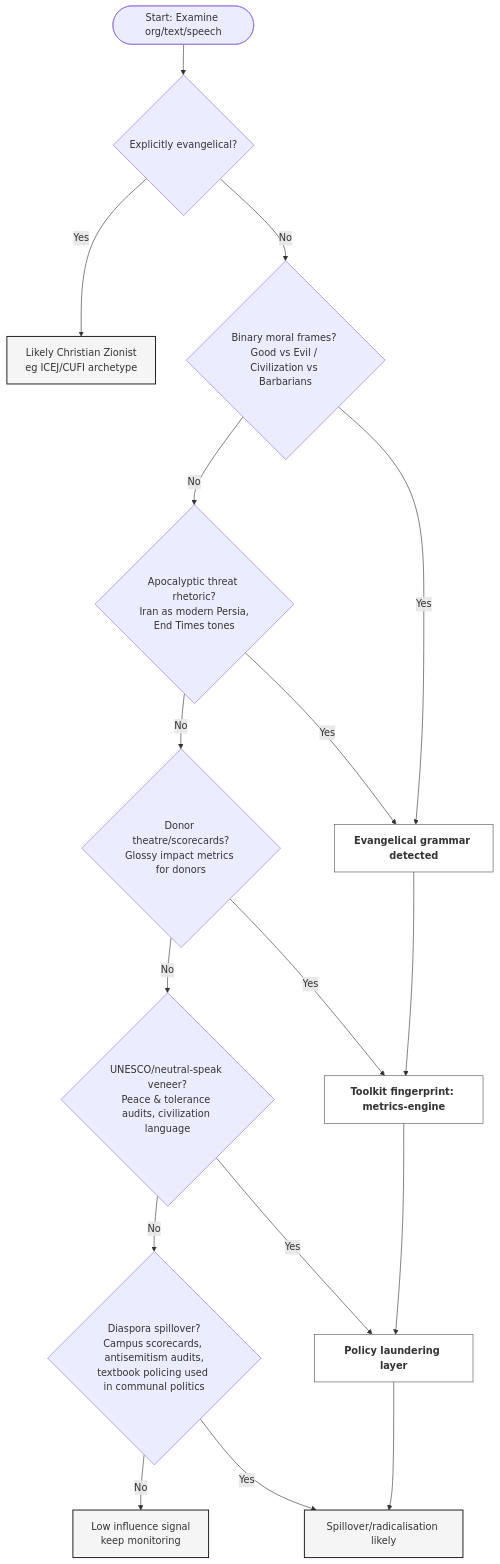
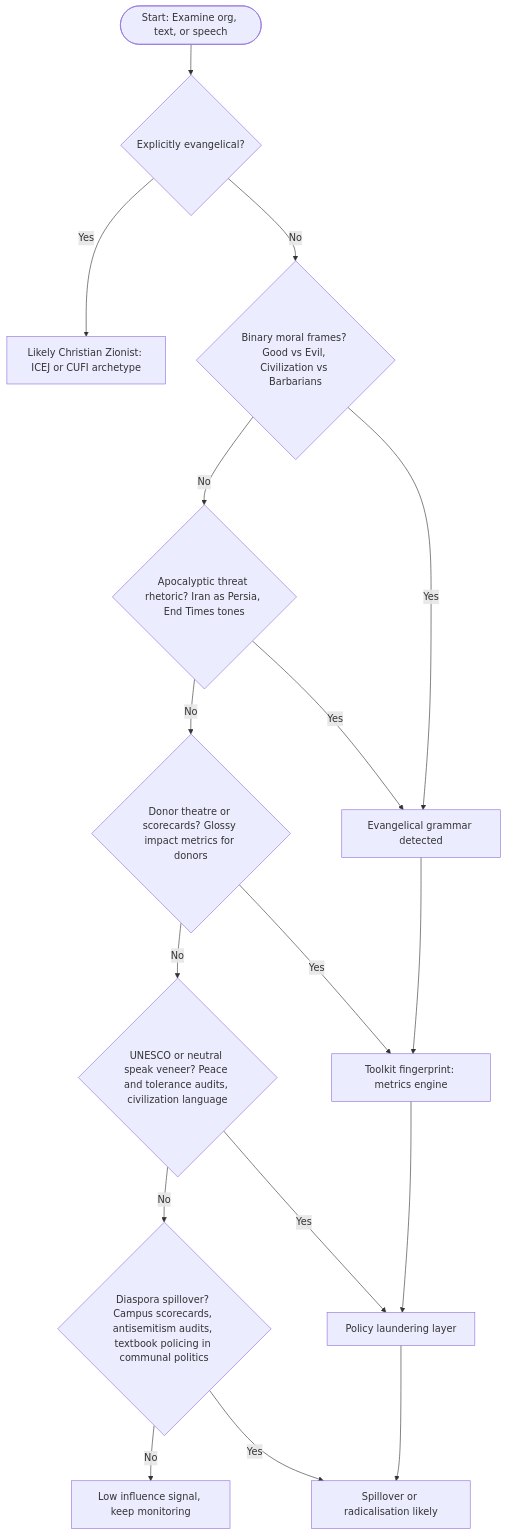
One commit to josefsbreakfast/Polaris-Protocol changed the third of 3 diagrams in Disruption_Kit/Big_Picture_Protocols/🪬_from_christian_zionism_to_diaspora_radicalisation.md. Above: the diagram before and after it, drawn with Mermaid. The commit also changed other lines of this file, not shown here.

````diff
--- a/Disruption_Kit/Big_Picture_Protocols/🪬_from_christian_zionism_to_diaspora_radicalisation.md
+++ b/Disruption_Kit/Big_Picture_Protocols/🪬_from_christian_zionism_to_diaspora_radicalisation.md
@@ -181,38 +181,27 @@
 ```mermaid
 
 flowchart TD
-  A([Start: Examine org/text/speech]) --> B{Explicitly evangelical?}
-  B -- Yes --> B1[Likely Christian Zionist\n eg ICEJ/CUFI archetype]
-  B -- No --> C{Binary moral frames? \nGood vs Evil / Civilization vs Barbarians}
-  
-  C -- No --> D{Apocalyptic threat rhetoric?\n Iran as modern Persia, End Times tones }
+  A([Start: Examine org, text, or speech]) --> B{Explicitly evangelical?}
+  B -- Yes --> B1[Likely Christian Zionist: ICEJ or CUFI archetype]
+  B -- No --> C{Binary moral frames? Good vs Evil, Civilization vs Barbarians}
+
+  C -- No --> D{Apocalyptic threat rhetoric? Iran as Persia, End Times tones}
   C -- Yes --> E[Evangelical grammar detected]
 
-  D -- No --> F{Donor theatre/scorecards?\nGlossy impact metrics for donors}
+  D -- No --> F{Donor theatre or scorecards? Glossy impact metrics for donors}
   D -- Yes --> E
 
-  F -- No --> G{UNESCO/neutral-speak veneer?\nPeace & tolerance audits, civilization language}
-  F -- Yes --> H[Toolkit fingerprint: metrics-engine]
+  F -- No --> G{UNESCO or neutral speak veneer? Peace and tolerance audits, civilization language}
+  F -- Yes --> H[Toolkit fingerprint: metrics engine]
 
-  G -- No --> I{Diaspora spillover?\nCampus scorecards, antisemitism audits,\ntextbook policing used in communal politics}
+  G -- No --> I{Diaspora spillover? Campus scorecards, antisemitism audits, textbook policing in communal politics}
   G -- Yes --> J[Policy laundering layer]
 
-  I -- No --> K[Low influence signal\n keep monitoring]
-  I -- Yes --> L[Spillover/radicalisation likely]
+  I -- No --> K[Low influence signal, keep monitoring]
+  I -- Yes --> L[Spillover or radicalisation likely]
 
   E --> H
   H --> J
   J --> L
 
-  %% Outcomes
-  B1:::outcome
-  E:::flag
-  H:::flag
-  J:::flag
-  L:::outcome
-  K:::outcome
-
-  classDef flag fill:#fff,stroke:#555,stroke-width:1px,font-weight:bold
-  classDef outcome fill:#f5f5f5,stroke:#111,stroke-width:1.5px
-
 ```
````
